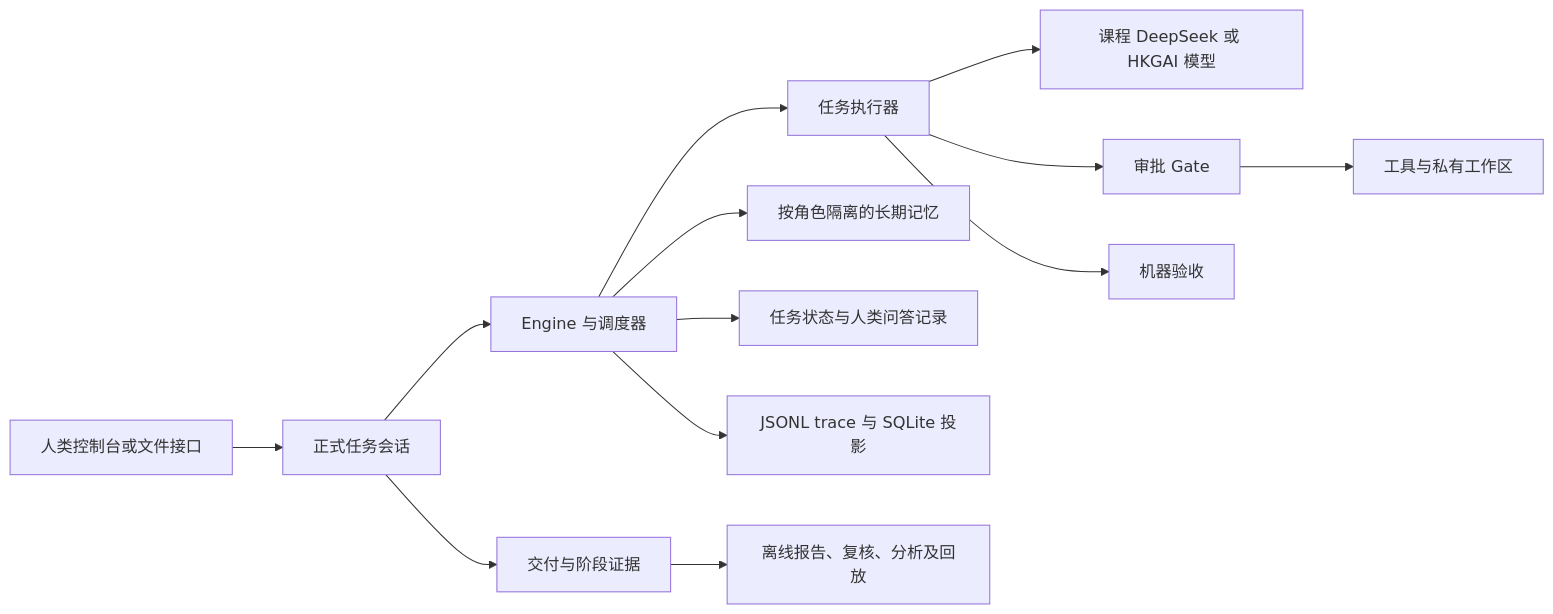
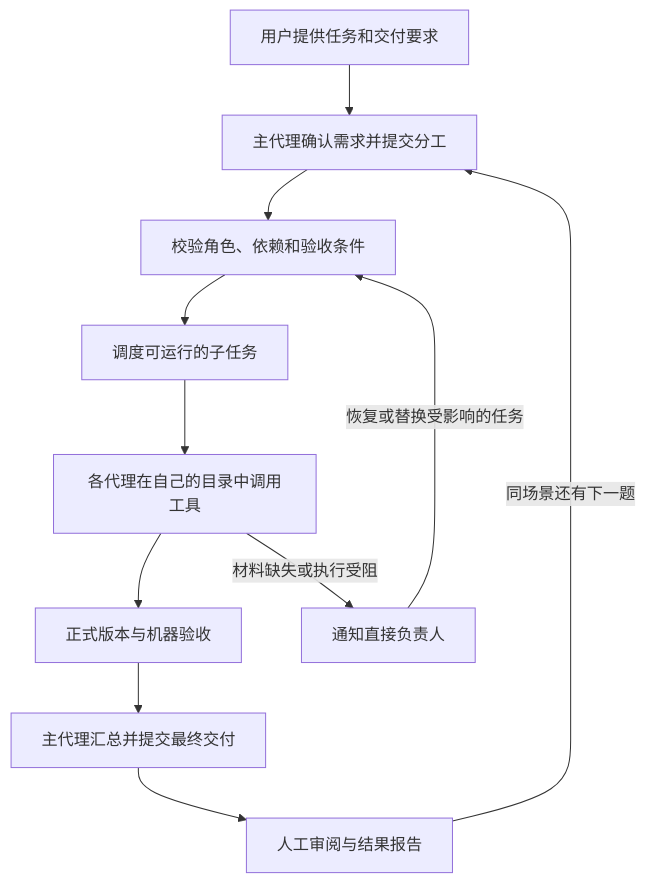
The diagram in docs/ARCHITECTURE.md (Greensheep04/moumou-Agent), drawn with Mermaid before and after one commit. The commit also changed other lines of this file and 197 other files, not shown here.

````diff
--- a/docs/ARCHITECTURE.md
+++ b/docs/ARCHITECTURE.md
@@ -11,15 +7,13 @@
 ```mermaid
-flowchart LR
-    H[人类控制台或文件接口] --> C[正式任务会话]
-    C --> E[Engine 与调度器]
-    E --> R[任务执行器]
-    R --> L[课程 DeepSeek 或 HKGAI 模型]
-    R --> G[审批 Gate]
-    G --> T[工具与私有工作区]
-    R --> A[机器验收]
-    E --> M[按角色隔离的长期记忆]
-    E --> D[任务状态与人类问答记录]
-    E --> J[JSONL trace 与 SQLite 投影]
-    C --> S[交付与阶段证据]
-    S --> O[离线报告、复核、分析及回放]
+flowchart TD
+    A[用户提供任务和交付要求] --> B[主代理确认需求并提交分工]
+    B --> C[校验角色、依赖和验收条件]
+    C --> D[调度可运行的子任务]
+    D --> E[各代理在自己的目录中调用工具]
+    E --> F[正式版本与机器验收]
+    E -->|材料缺失或执行受阻| G[通知直接负责人]
+    G -->|恢复或替换受影响的任务| C
+    F --> H[主代理汇总并提交最终交付]
+    H --> I[人工审阅与结果报告]
+    I -->|同场景还有下一题| B
 ```
````
